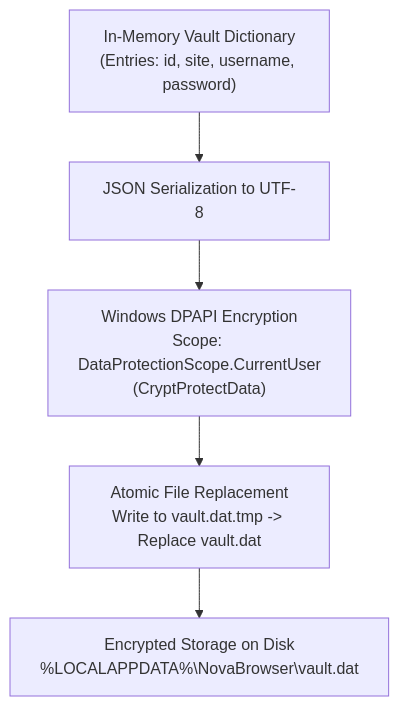
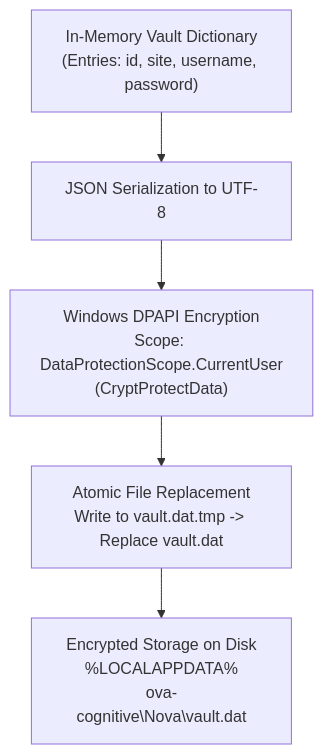
One commit to joelaniol/nova changed the second of 2 diagrams in docs/core-features/privacy/vault-and-secrets/dpapi-vault-and-secretref-tokens/README.md. Above: the diagram before and after it, drawn with Mermaid. The commit also changed 60 other files, not shown here.

````diff
--- a/docs/core-features/privacy/vault-and-secrets/dpapi-vault-and-secretref-tokens/README.md
+++ b/docs/core-features/privacy/vault-and-secrets/dpapi-vault-and-secretref-tokens/README.md
@@ -63,8 +63,8 @@
 ```mermaid
 flowchart TD
     InMemory["In-Memory Vault Dictionary<br/>(Entries: id, site, username, password)"]
     --> Serialize["JSON Serialization to UTF-8"]
     Serialize --> DPAPI["Windows DPAPI Encryption<br/>Scope: DataProtectionScope.CurrentUser<br/>(CryptProtectData)"]
     DPAPI --> AtomicSwap["Atomic File Replacement<br/>Write to vault.dat.tmp -> Replace vault.dat"]
-    AtomicSwap --> StorageDisk["Encrypted Storage on Disk<br/>%LOCALAPPDATA%\NovaBrowser\vault.dat"]
+    AtomicSwap --> StorageDisk["Encrypted Storage on Disk<br/>%LOCALAPPDATA%\nova-cognitive\Nova\vault.dat"]
 ```
````
